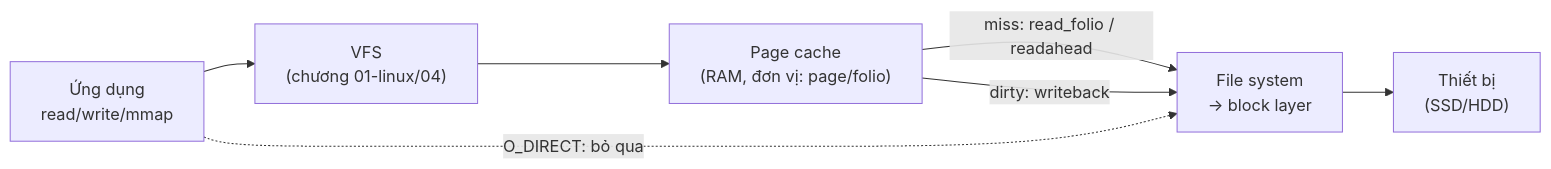
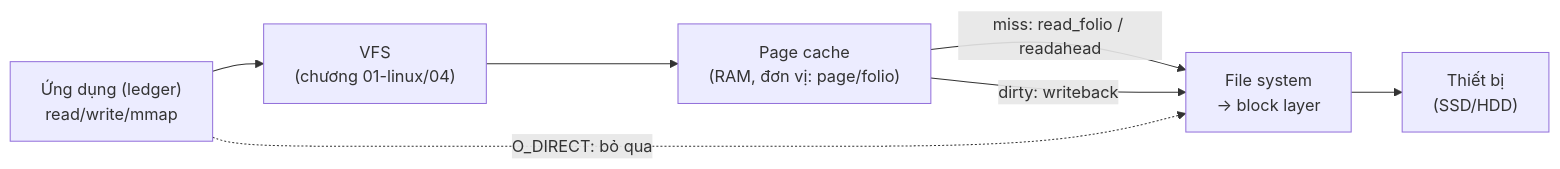
One commit to pirumu/irust changed the first of 2 diagrams in docs/05-storage/04-page-cache-va-direct-io.md. Above: the diagram before and after it, drawn with Mermaid. The commit also changed other lines of this file and 27 other files, not shown here.

````diff
--- a/docs/05-storage/04-page-cache-va-direct-io.md
+++ b/docs/05-storage/04-page-cache-va-direct-io.md
@@ -34,9 +34,9 @@
 ```mermaid
 flowchart LR
-    A["Ứng dụng<br/>read/write/mmap"] --> B["VFS<br/>(chương 01-linux/04)"]
+    A["Ứng dụng (ledger)<br/>read/write/mmap"] --> B["VFS<br/>(chương 01-linux/04)"]
     B --> C["Page cache<br/>(RAM, đơn vị: page/folio)"]
     C -->|"miss: read_folio / readahead"| D["File system<br/>→ block layer"]
     C -->|"dirty: writeback"| D
     D --> E["Thiết bị<br/>(SSD/HDD)"]
     A -. "O_DIRECT: bỏ qua" .-> D
 ```
````
